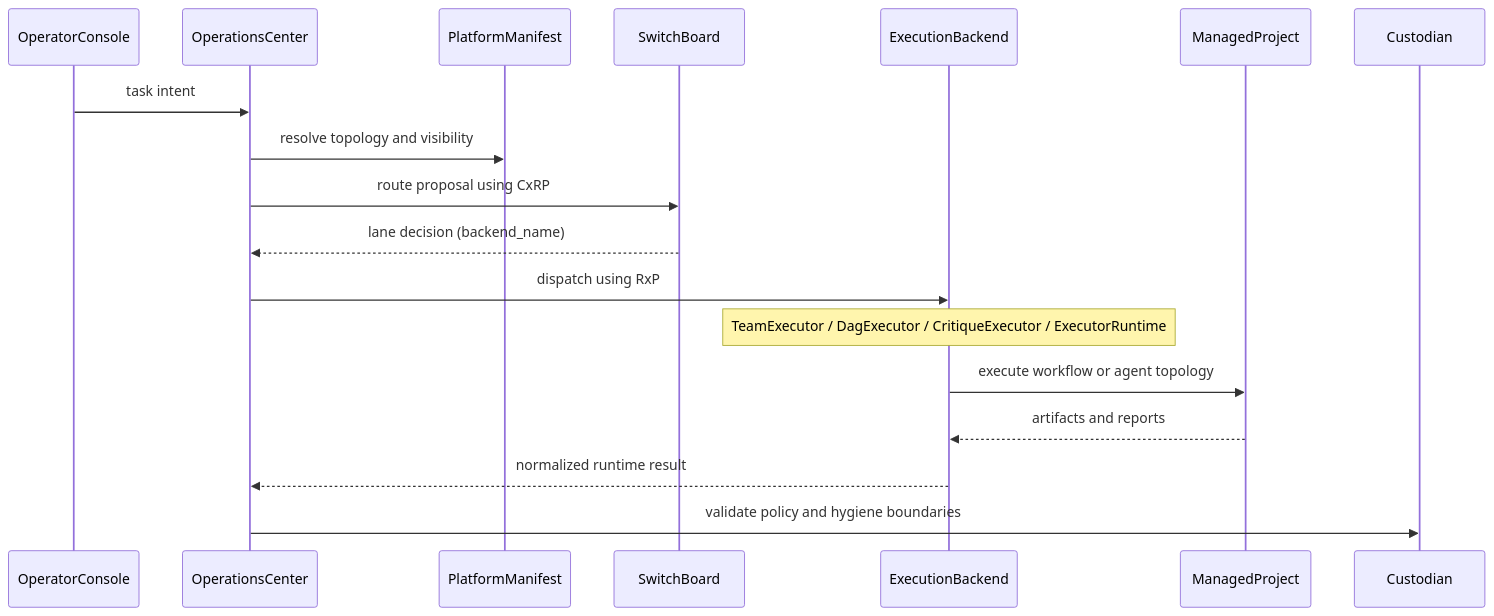
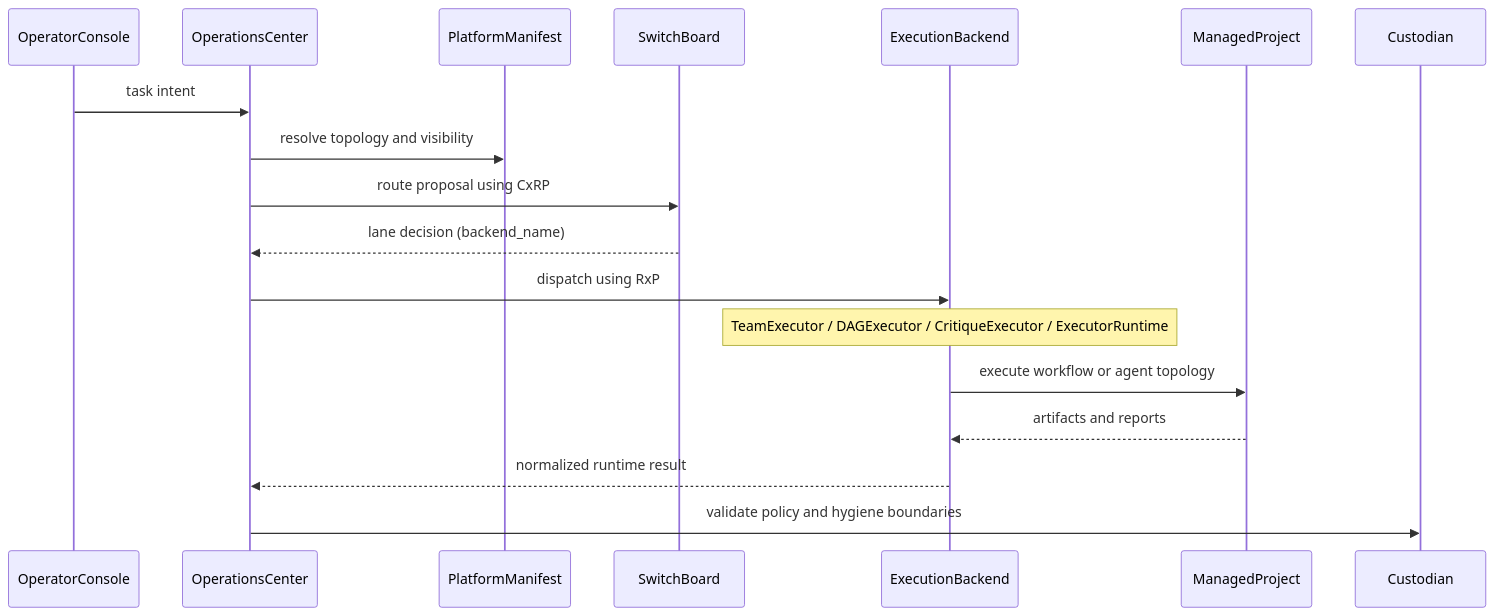
The diagram in docs/architecture/execution-flow.md (ProtocolWarden/ProtocolWarden.github.io), drawn with Mermaid before and after one commit. The commit also changed other lines of this file and 8 other files, not shown here.

Commit message:
refactor: rename DagExecutor → DAGExecutor across all docs

````diff
--- a/docs/architecture/execution-flow.md
+++ b/docs/architecture/execution-flow.md
@@ -3,21 +3,21 @@
 ```mermaid
 sequenceDiagram
     participant OC as OperatorConsole
     participant OPS as OperationsCenter
     participant PM as PlatformManifest
     participant SB as SwitchBoard
     participant BE as ExecutionBackend
     participant MP as ManagedProject
     participant CU as Custodian
 
     OC->>OPS: task intent
     OPS->>PM: resolve topology and visibility
     OPS->>SB: route proposal using CxRP
     SB-->>OPS: lane decision (backend_name)
     OPS->>BE: dispatch using RxP
-    note over BE: TeamExecutor / DagExecutor / CritiqueExecutor / ExecutorRuntime
+    note over BE: TeamExecutor / DAGExecutor / CritiqueExecutor / ExecutorRuntime
     BE->>MP: execute workflow or agent topology
     MP-->>BE: artifacts and reports
     BE-->>OPS: normalized runtime result
     OPS->>CU: validate policy and hygiene boundaries
 ```
````
